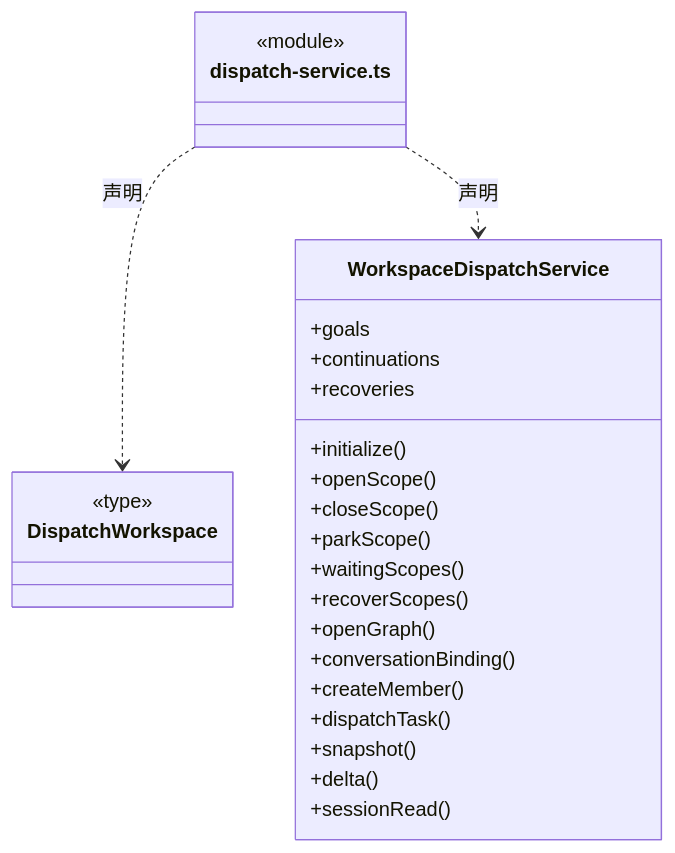
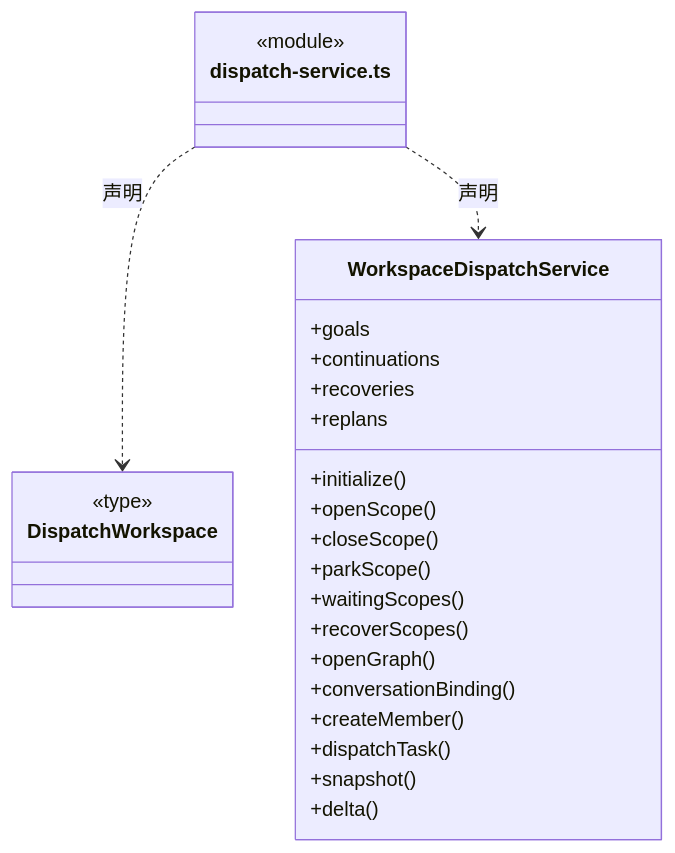
Before and after one commit to nan023062/cbim: the fifth of 38 diagrams in src/backend/scheduler-engine/execution/ARCHITECTURE.md, drawn with Mermaid. The commit also changed other lines of this file and 53 other files, not shown here.

````diff
--- a/src/backend/scheduler-engine/execution/ARCHITECTURE.md
+++ b/src/backend/scheduler-engine/execution/ARCHITECTURE.md
@@ -160,30 +163,30 @@
 ```mermaid
 classDiagram
 class N_src_backend_scheduler_engine_execution_dispatch_service_ts["dispatch-service.ts"] {
   <<module>>
 }
 class N_src_backend_scheduler_engine_execution_dispatch_service_ts_DispatchWorkspace["DispatchWorkspace"] {
   <<type>>
 
 }
 N_src_backend_scheduler_engine_execution_dispatch_service_ts ..> N_src_backend_scheduler_engine_execution_dispatch_service_ts_DispatchWorkspace : 声明
 class N_src_backend_scheduler_engine_execution_dispatch_service_ts_WorkspaceDispatchService["WorkspaceDispatchService"] {
   +goals
   +continuations
   +recoveries
+  +replans
   +initialize()
   +openScope()
   +closeScope()
   +parkScope()
   +waitingScopes()
   +recoverScopes()
   +openGraph()
   +conversationBinding()
   +createMember()
   +dispatchTask()
   +snapshot()
   +delta()
-  +sessionRead()
 }
 N_src_backend_scheduler_engine_execution_dispatch_service_ts ..> N_src_backend_scheduler_engine_execution_dispatch_service_ts_WorkspaceDispatchService : 声明
 ```
````
